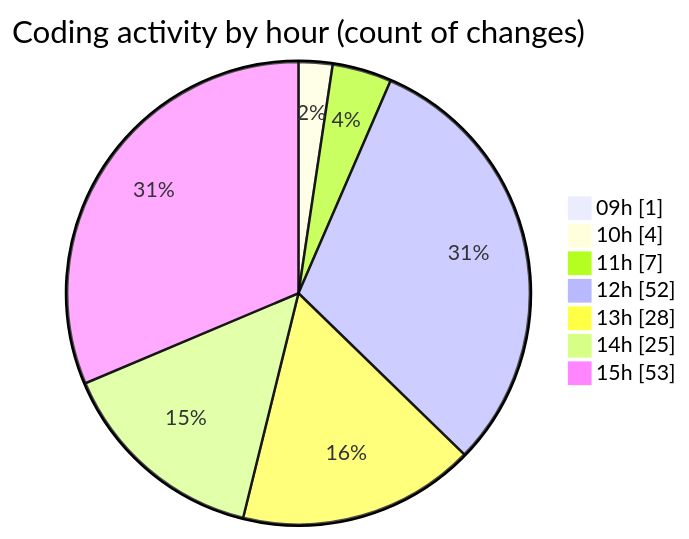
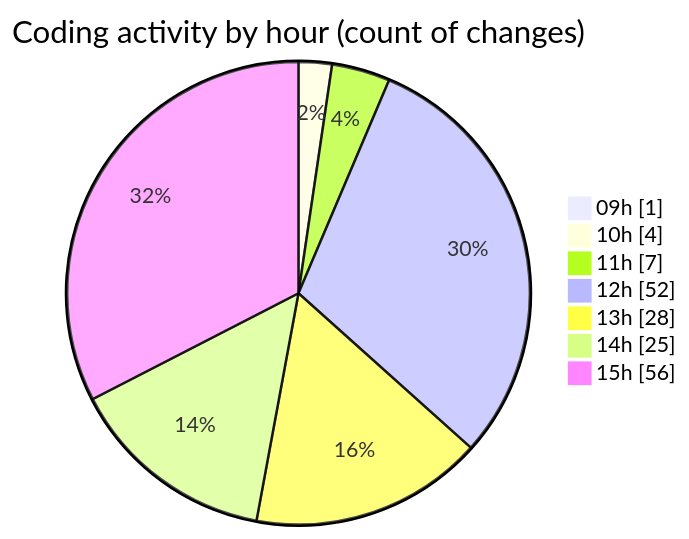
The second of 2 diagrams in 2025-04-07/cda/README.md (momahboobian/code-tracking), drawn with Mermaid before and after one commit. The commit also changed other lines of this file and 1 other file, not shown here.

````diff
--- a/2025-04-07/cda/README.md
+++ b/2025-04-07/cda/README.md
@@ -36,11 +36,11 @@
 ```mermaid
 pie showData
 title Coding activity by hour (count of changes)
 "09h" : 1
 "10h" : 4
 "11h" : 7
 "12h" : 52
 "13h" : 28
 "14h" : 25
-"15h" : 53
+"15h" : 56
 ```
````
